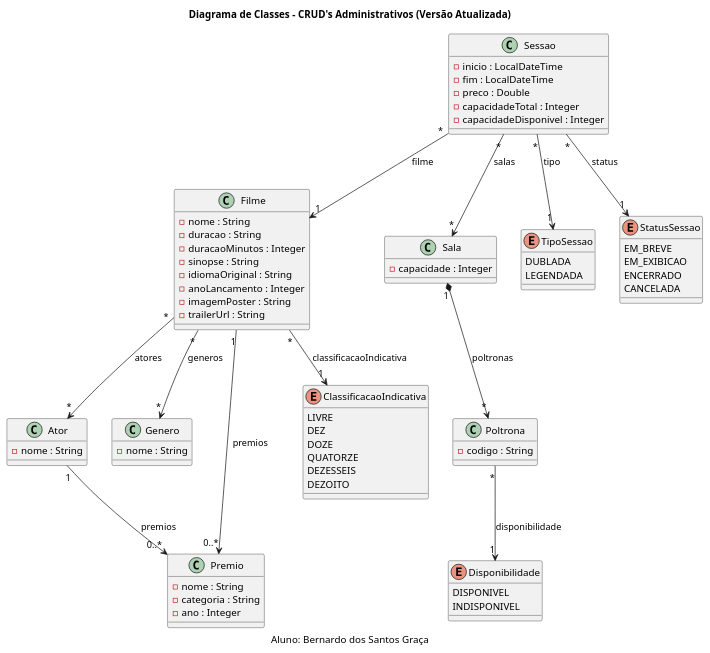
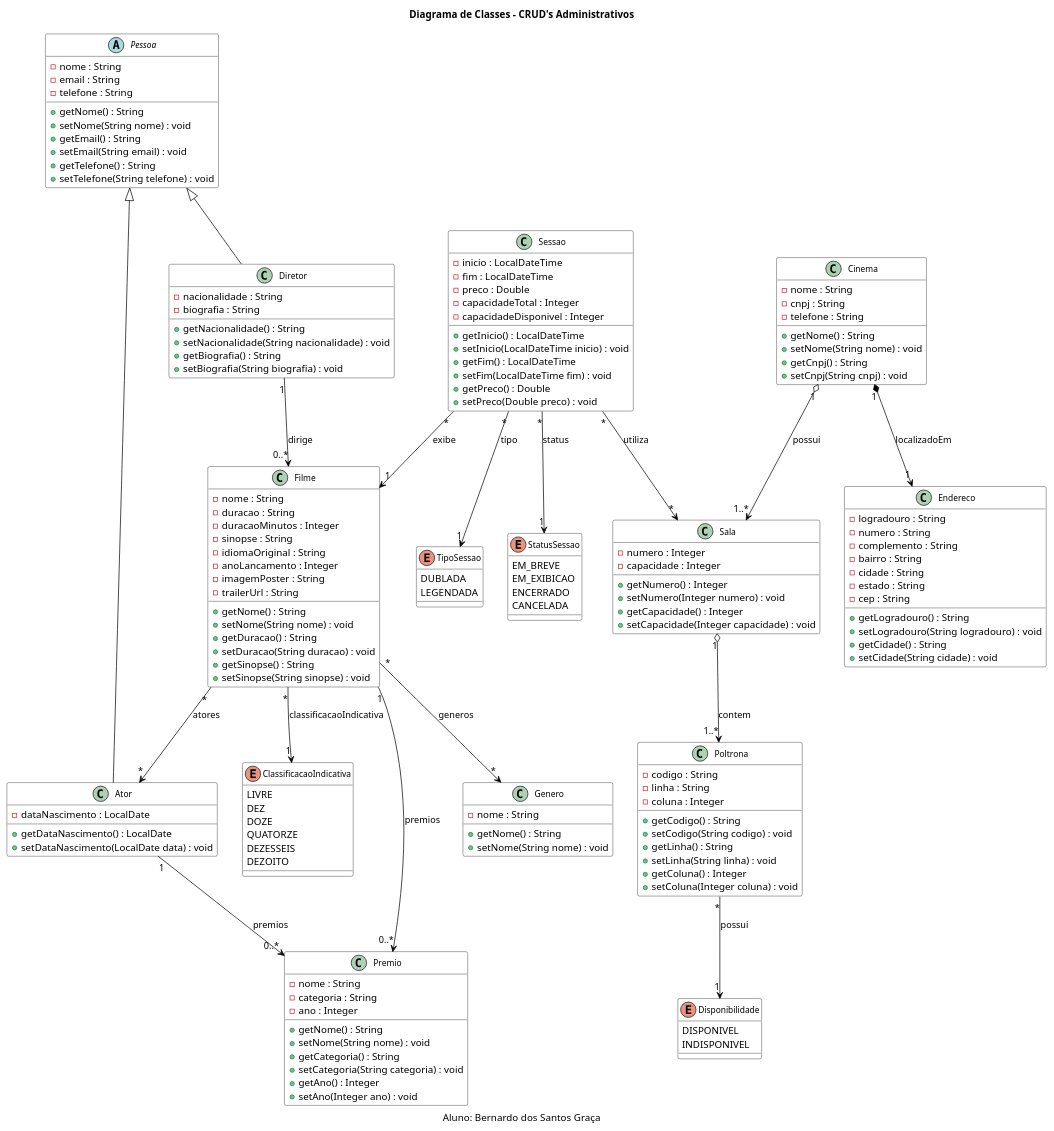
The diagram in src/main/java/br/unitins/documentation/diagramaClassesAdmin.puml (bernardoDSG/newsvi-tp1-api), drawn with PlantUML before and after one commit. The commit also changed 52 other files, not shown here.

```diff
--- a/src/main/java/br/unitins/documentation/diagramaClassesAdmin.puml
+++ b/src/main/java/br/unitins/documentation/diagramaClassesAdmin.puml
@@ -1,99 +1,196 @@
-@startuml diagrama
-title Diagrama de Classes - CRUD's Administrativos (Versão Atualizada)
+@startuml diagramaClassesAdmin
+title Diagrama de Classes - CRUD's Administrativos 
 caption Aluno: Bernardo dos Santos Graça
 
-' --------------------
-' Classes principais
-' --------------------
+' ==================== CONFIGURAÇÕES ====================
+skinparam class {
+    BackgroundColor White
+    BorderColor Black
+    ArrowColor Black
+    FontSize 12
+}
+
+' ==================== HERANÇA ====================
+abstract class Pessoa {
+    - nome : String
+    - email : String
+    - telefone : String
+    + getNome() : String
+    + setNome(String nome) : void
+    + getEmail() : String
+    + setEmail(String email) : void
+    + getTelefone() : String
+    + setTelefone(String telefone) : void
+}
+
+' Herança: Ator e Diretor são especializações de Pessoa
+Ator -up-|> Pessoa
+Diretor -up-|> Pessoa
+
+' ==================== CLASSES PRINCIPAIS ====================
+
+class Ator {
+    - dataNascimento : LocalDate
+    + getDataNascimento() : LocalDate
+    + setDataNascimento(LocalDate data) : void
+}
+
+class Diretor {
+    - nacionalidade : String
+    - biografia : String
+    + getNacionalidade() : String
+    + setNacionalidade(String nacionalidade) : void
+    + getBiografia() : String
+    + setBiografia(String biografia) : void
+}
 
 class Filme {
     - nome : String
     - duracao : String
     - duracaoMinutos : Integer
     - sinopse : String
     - idiomaOriginal : String 
     - anoLancamento : Integer
     - imagemPoster : String
     - trailerUrl : String
-}
-
-class Ator {
-    - nome : String
+    + getNome() : String
+    + setNome(String nome) : void
+    + getDuracao() : String
+    + setDuracao(String duracao) : void
+    + getSinopse() : String
+    + setSinopse(String sinopse) : void
 }
 
 class Genero {
     - nome : String
+    + getNome() : String
+    + setNome(String nome) : void
 }
 
 class Premio {
     - nome : String
     - categoria : String
     - ano : Integer
+    + getNome() : String
+    + setNome(String nome) : void
+    + getCategoria() : String
+    + setCategoria(String categoria) : void
+    + getAno() : Integer
+    + setAno(Integer ano) : void
 }
 
 class Sala {
+    - numero : Integer
     - capacidade : Integer
+    + getNumero() : Integer
+    + setNumero(Integer numero) : void
+    + getCapacidade() : Integer
+    + setCapacidade(Integer capacidade) : void
 }
 
 class Poltrona {
     - codigo : String
+    - linha : String
+    - coluna : Integer
+    + getCodigo() : String
+    + setCodigo(String codigo) : void
+    + getLinha() : String
+    + setLinha(String linha) : void
+    + getColuna() : Integer
+    + setColuna(Integer coluna) : void
 }
 
 class Sessao {
     - inicio : LocalDateTime
     - fim : LocalDateTime
     - preco : Double
     - capacidadeTotal : Integer
     - capacidadeDisponivel : Integer
+    + getInicio() : LocalDateTime
+    + setInicio(LocalDateTime inicio) : void
+    + getFim() : LocalDateTime
+    + setFim(LocalDateTime fim) : void
+    + getPreco() : Double
+    + setPreco(Double preco) : void
 }
 
-' --------------------
-' Enums
-' --------------------
+class Cinema {
+    - nome : String
+    - cnpj : String
+    - telefone : String
+    + getNome() : String
+    + setNome(String nome) : void
+    + getCnpj() : String
+    + setCnpj(String cnpj) : void
+}
+
+class Endereco {
+    - logradouro : String
+    - numero : String
+    - complemento : String
+    - bairro : String
+    - cidade : String
+    - estado : String
+    - cep : String
+    + getLogradouro() : String
+    + setLogradouro(String logradouro) : void
+    + getCidade() : String
+    + setCidade(String cidade) : void
+}
+
+' ==================== ENUMS ====================
 
 enum Disponibilidade {
     DISPONIVEL
     INDISPONIVEL
 }
 
 enum TipoSessao {
     DUBLADA
     LEGENDADA
 }
 
 enum ClassificacaoIndicativa {
     LIVRE
     DEZ
     DOZE
     QUATORZE
     DEZESSEIS
     DEZOITO
 }
 
 enum StatusSessao {
     EM_BREVE
     EM_EXIBICAO
     ENCERRADO
     CANCELADA
 }
 
-' --------------------
-' Relacionamentos
-' --------------------
+' ==================== RELACIONAMENTOS UNIDIRECIONAIS ====================
+
+' -------------------- ASSOCIAÇÃO UNIDIRECIONAL --------------------
+Diretor "1" --> "0..*" Filme : dirige
+
+' -------------------- AGREGAÇÃO UNIDIRECIONAL --------------------
+Cinema "1" o--> "1..*" Sala : possui
+Sala "1" o--> "1..*" Poltrona : contem
+
+' -------------------- COMPOSIÇÃO UNIDIRECIONAL --------------------
+Cinema "1" *--> "1" Endereco : localizadoEm
+
+' -------------------- ASSOCIAÇÕES UNIDIRECIONAIS --------------------
 Filme "*" --> "*" Ator : atores
 Filme "*" --> "*" Genero : generos
 Filme "1" --> "0..*" Premio : premios
 Filme "*" --> "1" ClassificacaoIndicativa : classificacaoIndicativa
 
 Ator "1" --> "0..*" Premio : premios
 
 Sessao "*" --> "1" TipoSessao : tipo
 Sessao "*" --> "1" StatusSessao : status
-Sessao "*" --> "1" Filme : filme
-Sessao "*" --> "*" Sala : salas
+Sessao "*" --> "1" Filme : exibe
+Sessao "*" --> "*" Sala : utiliza
 
-Sala "1" *--> "*" Poltrona : poltronas
-
-Poltrona "*" --> "1" Disponibilidade : disponibilidade
+Poltrona "*" --> "1" Disponibilidade : possui
 
 @enduml
```
